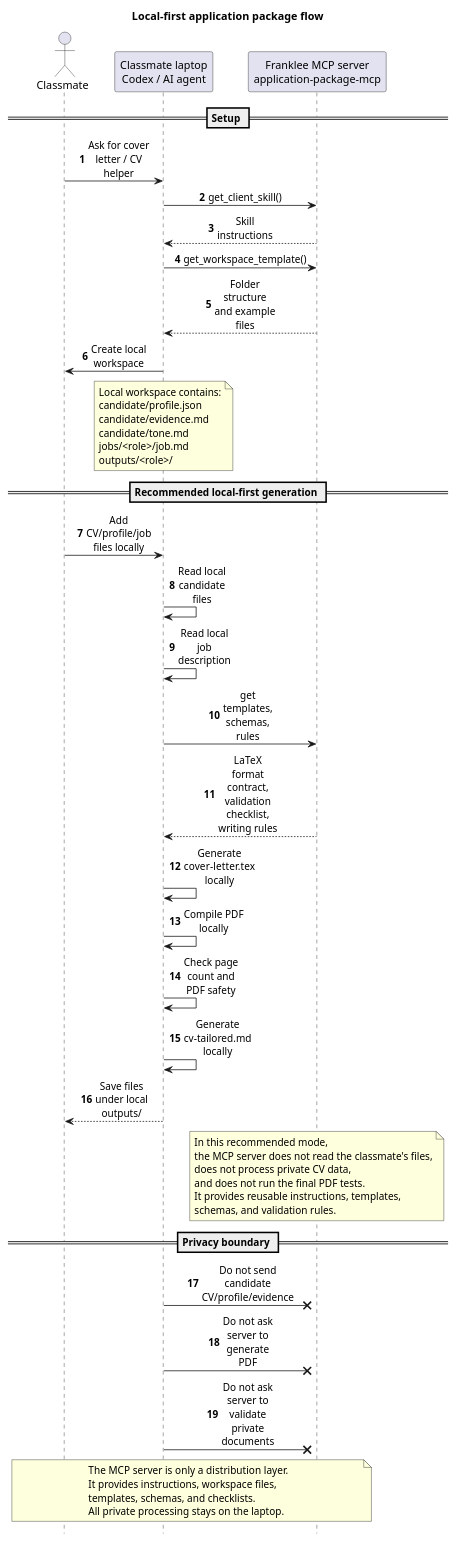
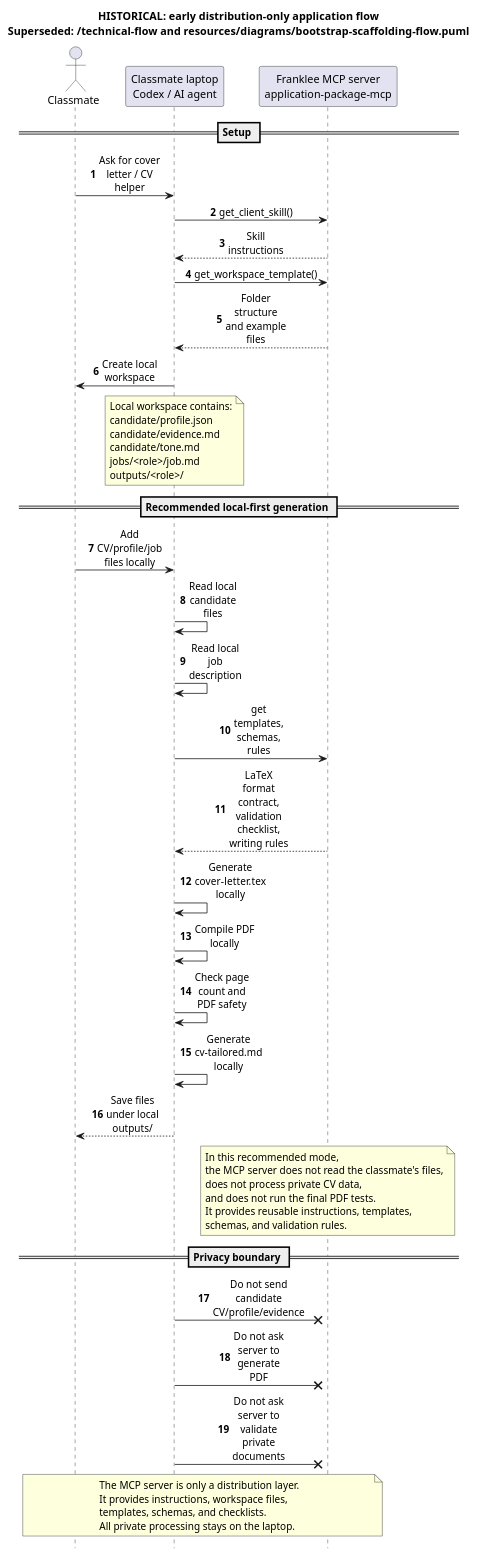
One commit to nlcuong85/cuongcv changed the diagram in experimental/application-package-mcp/docs/diagrams/local-first-mcp-application-flow.puml. Above: the diagram before and after it, drawn with PlantUML. The commit also changed 41 other files, not shown here.

```diff
--- a/experimental/application-package-mcp/docs/diagrams/local-first-mcp-application-flow.puml
+++ b/experimental/application-package-mcp/docs/diagrams/local-first-mcp-application-flow.puml
@@ -1,68 +1,68 @@
 @startuml
-title Local-first application package flow
+title HISTORICAL: early distribution-only application flow\nSuperseded: /technical-flow and resources/diagrams/bootstrap-scaffolding-flow.puml
 
 autonumber
 hide footbox
 skinparam sequenceMessageAlign center
 skinparam ParticipantPadding 18
 skinparam BoxPadding 8
 skinparam MaxMessageSize 80
 
 actor "Classmate" as User
 participant "Classmate laptop\nCodex / AI agent" as Agent
 participant "Franklee MCP server\napplication-package-mcp" as MCP
 
 == Setup ==
 
 User -> Agent : Ask for cover letter / CV helper
 Agent -> MCP : get_client_skill()
 MCP --> Agent : Skill instructions
 Agent -> MCP : get_workspace_template()
 MCP --> Agent : Folder structure and example files
 Agent -> User : Create local workspace
 
 note over Agent
 Local workspace contains:
 candidate/profile.json
 candidate/evidence.md
 candidate/tone.md
 jobs/<role>/job.md
 outputs/<role>/
 end note
 
 == Recommended local-first generation ==
 
 User -> Agent : Add CV/profile/job files locally
 Agent -> Agent : Read local candidate files
 Agent -> Agent : Read local job description
 Agent -> MCP : get templates, schemas, rules
 MCP --> Agent : LaTeX format contract,\nvalidation checklist,\nwriting rules
 Agent -> Agent : Generate cover-letter.tex locally
 Agent -> Agent : Compile PDF locally
 Agent -> Agent : Check page count and PDF safety
 Agent -> Agent : Generate cv-tailored.md locally
 Agent --> User : Save files under local outputs/
 
 note over MCP
 In this recommended mode,
 the MCP server does not read the classmate's files,
 does not process private CV data,
 and does not run the final PDF tests.
 It provides reusable instructions, templates,
 schemas, and validation rules.
 end note
 
 == Privacy boundary ==
 
 Agent -x MCP : Do not send candidate CV/profile/evidence
 Agent -x MCP : Do not ask server to generate PDF
 Agent -x MCP : Do not ask server to validate private documents
 
 note over User, MCP
 The MCP server is only a distribution layer.
 It provides instructions, workspace files,
 templates, schemas, and checklists.
 All private processing stays on the laptop.
 end note
 
 @enduml
```
